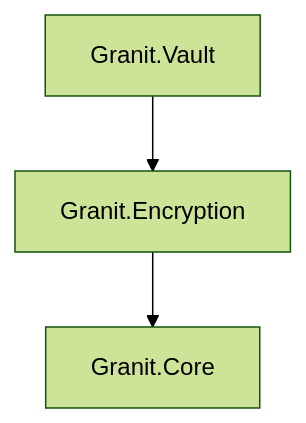
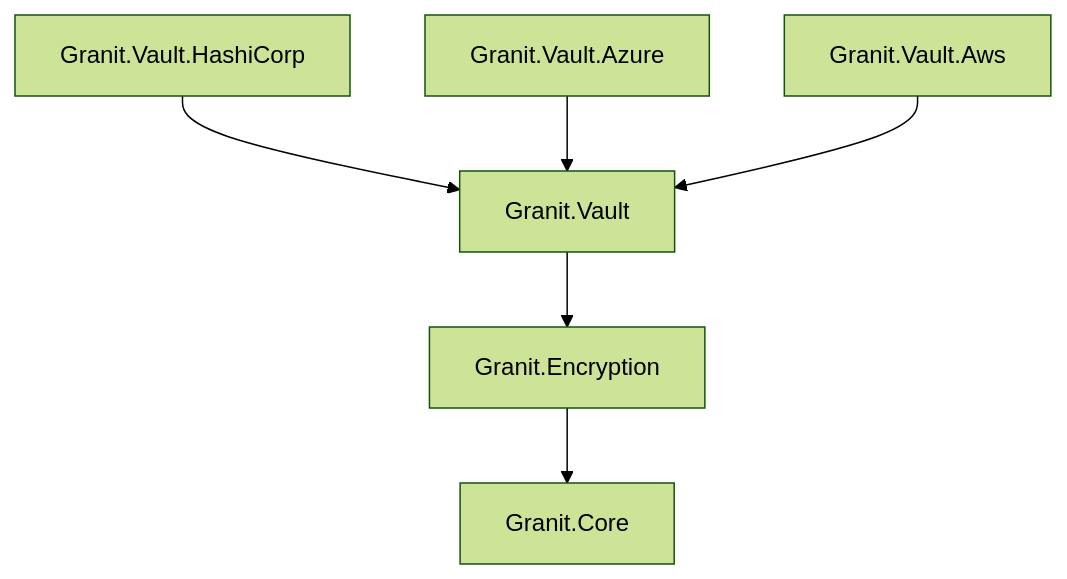
One commit to enraiz/granit-dotnet changed the diagram in docs-site/src/content/docs/reference/modules/vault-encryption.mdx. Above: the diagram before and after it, drawn with Mermaid (forest theme). The commit also changed other lines of this file and 158 other files, not shown here.

First line of the commit message:
feat: add Azure cloud providers, extract Vault abstractions (#808)

````diff
--- a/docs-site/src/content/docs/reference/modules/vault-encryption.mdx
+++ b/docs-site/src/content/docs/reference/modules/vault-encryption.mdx
@@ -29,5 +39,8 @@
 ```mermaid
 graph TD
-    V[Granit.Vault] --> E[Granit.Encryption]
+    VH[Granit.Vault.HashiCorp] --> V[Granit.Vault]
+    VA[Granit.Vault.Azure] --> V
+    VAW[Granit.Vault.Aws] --> V
+    V --> E[Granit.Encryption]
     E --> C[Granit.Core]
 ```
````
